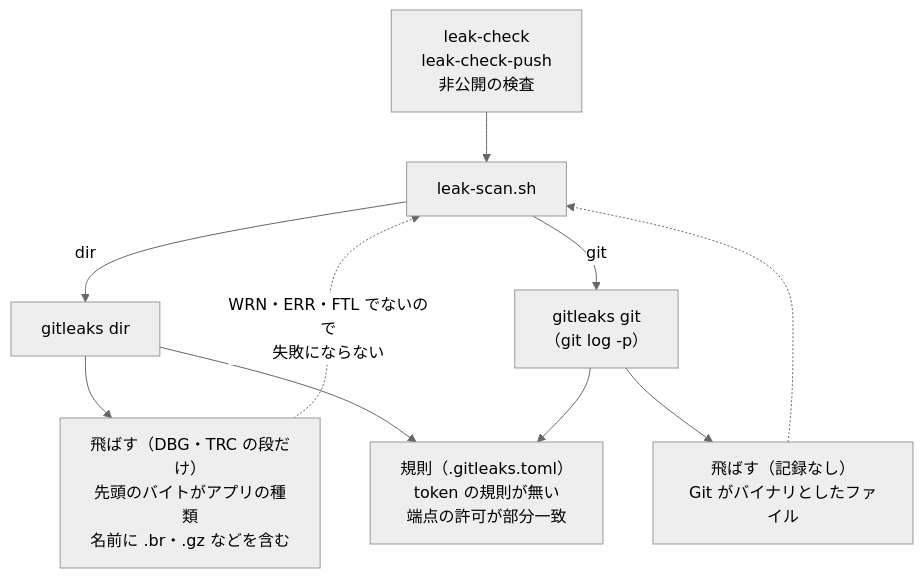
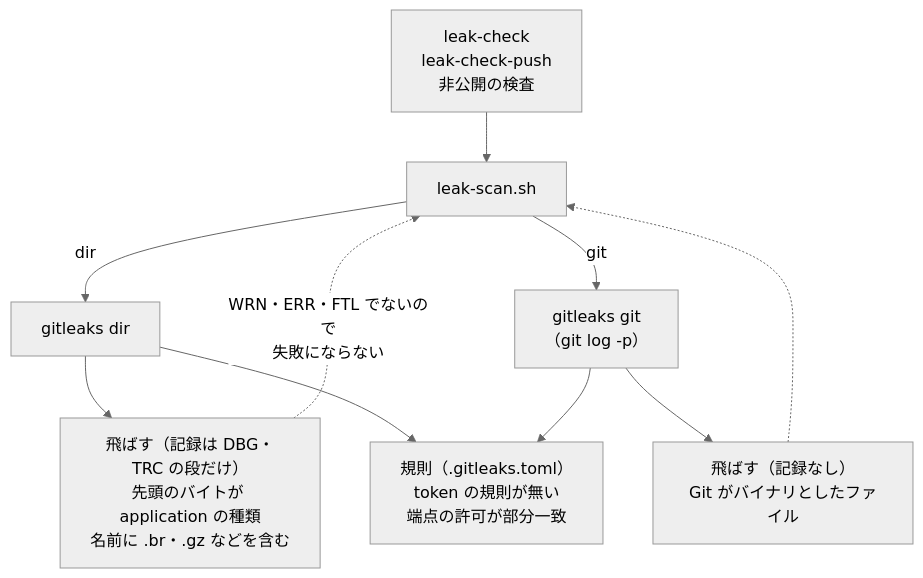
One commit to devbasex/nd-factory changed the first of 3 diagrams in issues/issue-98-design.md. Above: the diagram before and after it, drawn with Mermaid (neutral theme). The commit also changed other lines of this file, not shown here.

````diff
--- a/issues/issue-98-design.md
+++ b/issues/issue-98-design.md
@@ -14,12 +14,12 @@
 ```mermaid
 flowchart TD
     lc["leak-check<br/>leak-check-push<br/>非公開の検査"] --> scan["leak-scan.sh"]
     scan -->|dir| gdir["gitleaks dir"]
     scan -->|git| ggit["gitleaks git<br/>（git log -p）"]
-    gdir --> skip1["飛ばす（DBG・TRC の段だけ）<br/>先頭のバイトがアプリの種類<br/>名前に .br・.gz などを含む"]
+    gdir --> skip1["飛ばす（記録は DBG・TRC の段だけ）<br/>先頭のバイトが application の種類<br/>名前に .br・.gz などを含む"]
     ggit --> skip2["飛ばす（記録なし）<br/>Git がバイナリとしたファイル"]
     gdir --> rules["規則（.gitleaks.toml）<br/>token の規則が無い<br/>端点の許可が部分一致"]
     ggit --> rules
     skip1 -.->|WRN・ERR・FTL でないので<br/>失敗にならない| scan
     skip2 -.-> scan
 ```
````
